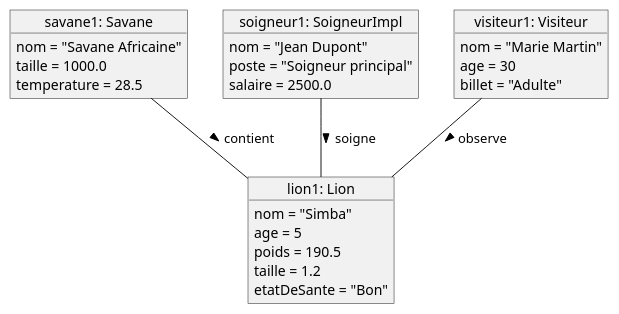
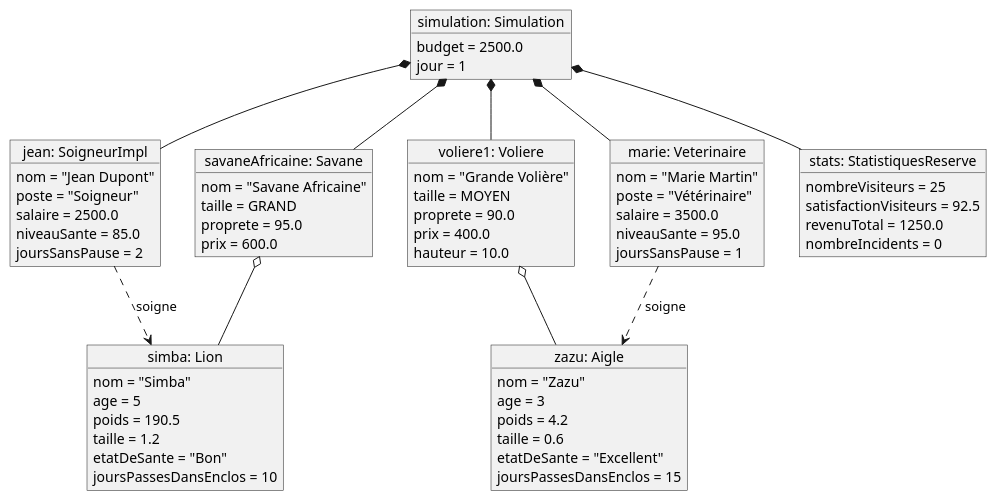
Before and after one commit to azmogoo/reserve_naturelle_wallois_arthur_esgi2: the diagram in src/main/resources/diagrams/object-diagram.puml, drawn with PlantUML. The commit also changed 16 other files, not shown here.

```diff
--- a/src/main/resources/diagrams/object-diagram.puml
+++ b/src/main/resources/diagrams/object-diagram.puml
@@ -1,31 +1,77 @@
 @startuml
-object "lion1: Lion" as lion1 {
-  nom = "Simba"
-  age = 5
-  poids = 190.5
-  taille = 1.2
-  etatDeSante = "Bon"
+object "simulation: Simulation" as sim {
+    budget = 2500.0
+    jour = 1
 }
 
-object "savane1: Savane" as savane1 {
-  nom = "Savane Africaine"
-  taille = 1000.0
-  temperature = 28.5
+object "savaneAfricaine: Savane" as habitat1 {
+    nom = "Savane Africaine"
+    taille = GRAND
+    proprete = 95.0
+    prix = 600.0
 }
 
-object "soigneur1: SoigneurImpl" as soigneur1 {
-  nom = "Jean Dupont"
-  poste = "Soigneur principal"
-  salaire = 2500.0
+object "voliere1: Voliere" as habitat2 {
+    nom = "Grande Volière"
+    taille = MOYEN
+    proprete = 90.0
+    prix = 400.0
+    hauteur = 10.0
 }
 
-object "visiteur1: Visiteur" as visiteur1 {
-  nom = "Marie Martin"
-  age = 30
-  billet = "Adulte"
+object "simba: Lion" as animal1 {
+    nom = "Simba"
+    age = 5
+    poids = 190.5
+    taille = 1.2
+    etatDeSante = "Bon"
+    joursPassesDansEnclos = 10
 }
 
-savane1 -- lion1 : contient >
-soigneur1 -- lion1 : soigne >
-visiteur1 -- lion1 : observe >
+object "zazu: Aigle" as animal2 {
+    nom = "Zazu"
+    age = 3
+    poids = 4.2
+    taille = 0.6
+    etatDeSante = "Excellent"
+    joursPassesDansEnclos = 15
+}
+
+object "jean: SoigneurImpl" as employe1 {
+    nom = "Jean Dupont"
+    poste = "Soigneur"
+    salaire = 2500.0
+    niveauSante = 85.0
+    joursSansPause = 2
+}
+
+object "marie: Veterinaire" as employe2 {
+    nom = "Marie Martin"
+    poste = "Vétérinaire"
+    salaire = 3500.0
+    niveauSante = 95.0
+    joursSansPause = 1
+}
+
+object "stats: StatistiquesReserve" as stats {
+    nombreVisiteurs = 25
+    satisfactionVisiteurs = 92.5
+    revenuTotal = 1250.0
+    nombreIncidents = 0
+}
+
+' Relations
+sim *-- habitat1
+sim *-- habitat2
+sim *-- stats
+
+habitat1 o-- animal1
+habitat2 o-- animal2
+
+sim *-- employe1
+sim *-- employe2
+
+employe1 ..> animal1 : soigne
+employe2 ..> animal2 : soigne
+
 @enduml 
```
